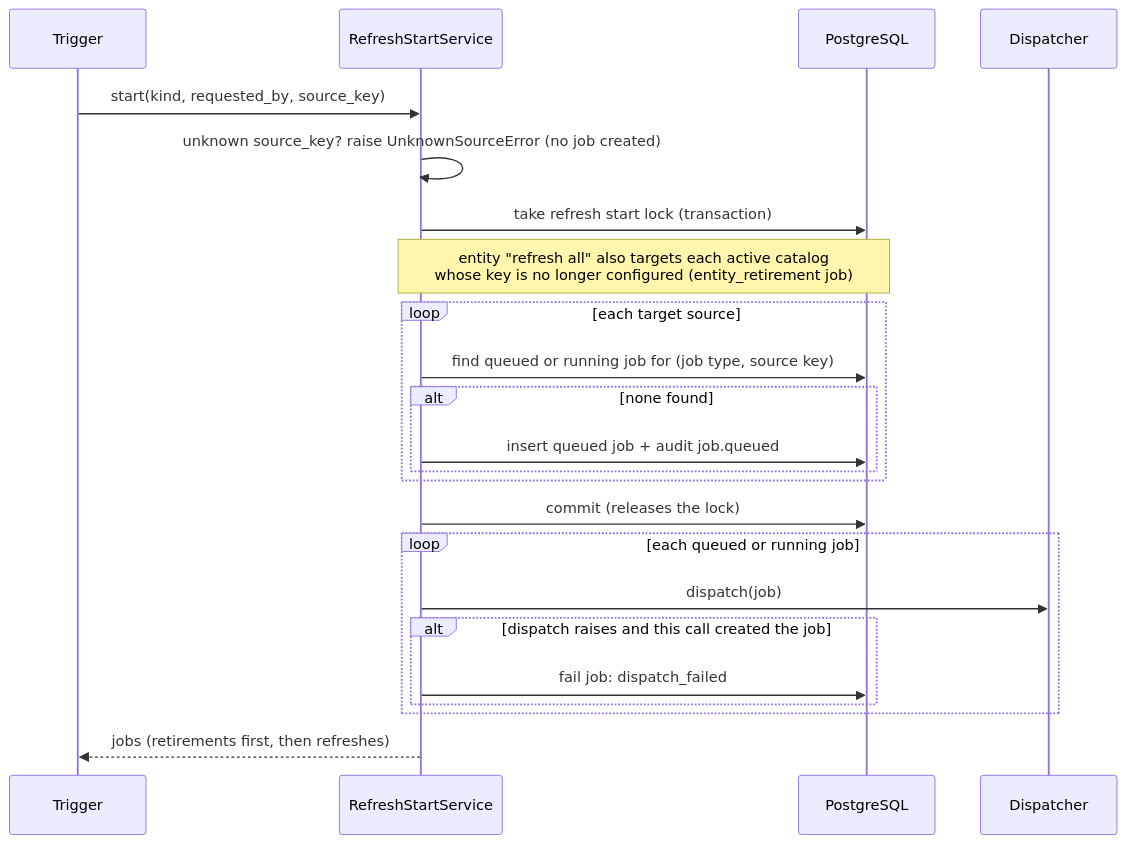
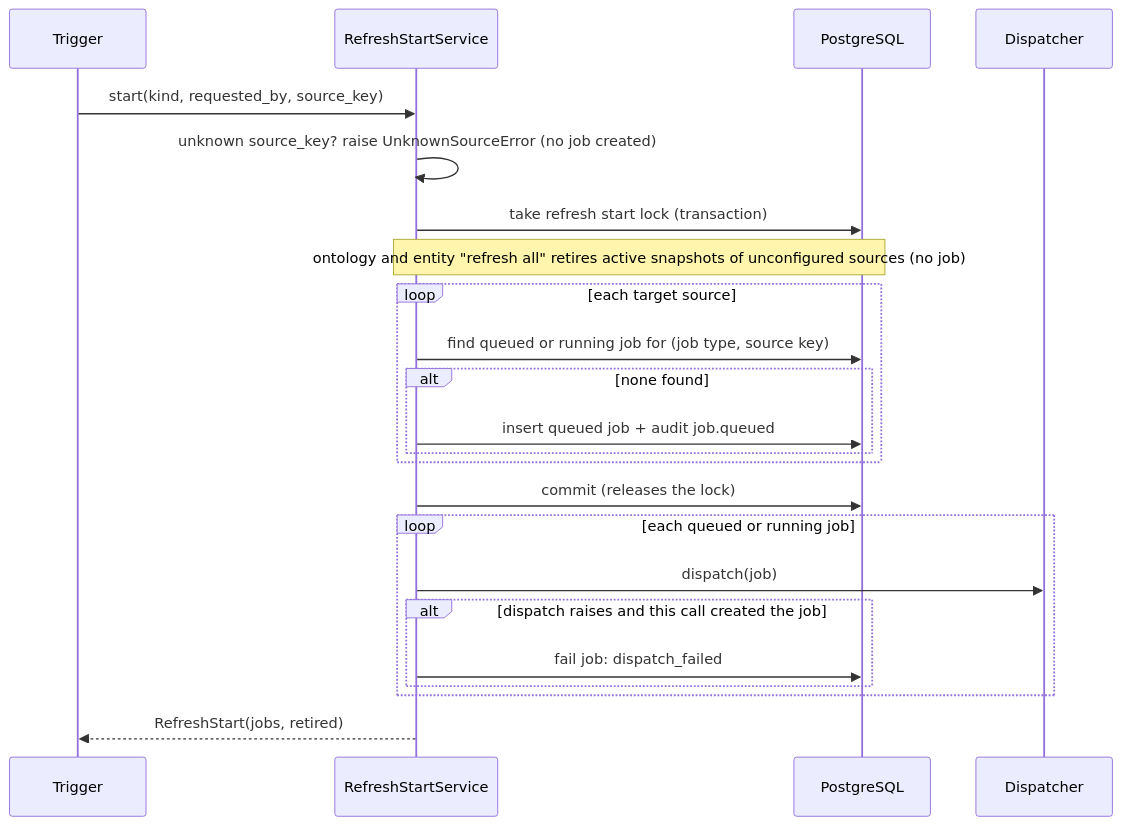
Before and after one commit to geneontology/standard-annotation-backend: the third of 5 diagrams in docs/refresh-infrastructure.md, drawn with Mermaid. The commit also changed other lines of this file and 85 other files, not shown here.

````diff
--- a/docs/refresh-infrastructure.md
+++ b/docs/refresh-infrastructure.md
@@ -123,26 +124,26 @@
 ```mermaid
 sequenceDiagram
     participant T as Trigger
     participant S as RefreshStartService
     participant DB as PostgreSQL
     participant D as Dispatcher
 
     T->>S: start(kind, requested_by, source_key)
     S->>S: unknown source_key? raise UnknownSourceError (no job created)
     S->>DB: take refresh start lock (transaction)
-    Note over S,DB: entity "refresh all" also targets each active catalog<br/>whose key is no longer configured (entity_retirement job)
+    Note over S,DB: ontology and entity "refresh all" retires active snapshots of unconfigured sources (no job)
     loop each target source
         S->>DB: find queued or running job for (job type, source key)
         alt none found
             S->>DB: insert queued job + audit job.queued
         end
     end
     S->>DB: commit (releases the lock)
     loop each queued or running job
         S->>D: dispatch(job)
         alt dispatch raises and this call created the job
             S->>DB: fail job: dispatch_failed
         end
     end
-    S-->>T: jobs (retirements first, then refreshes)
+    S-->>T: RefreshStart(jobs, retired)
 ```
````
